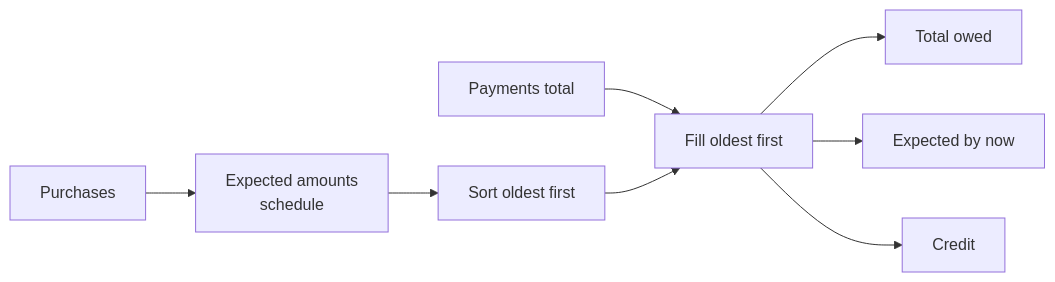
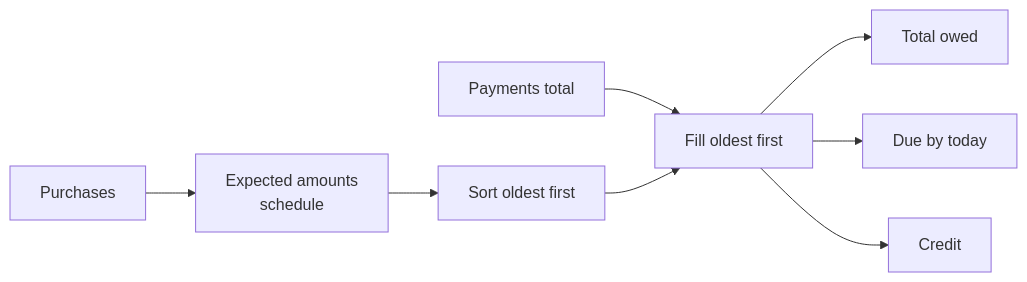
The second of 3 diagrams in docs/DESIGN.md (zekihan/family-tab), drawn with Mermaid before and after one commit. The commit also changed other lines of this file, not shown here.

````diff
--- a/docs/DESIGN.md
+++ b/docs/DESIGN.md
@@ -108,10 +118,10 @@
 ```mermaid
 flowchart LR
     P[Purchases] --> S[Expected amounts<br/>schedule]
     S --> O[Sort oldest first]
     Y[Payments total] --> A[Fill oldest first]
     O --> A
     A --> T[Total owed]
-    A --> E[Expected by now]
+    A --> E[Due by today]
     A --> C[Credit]
 ```
````
